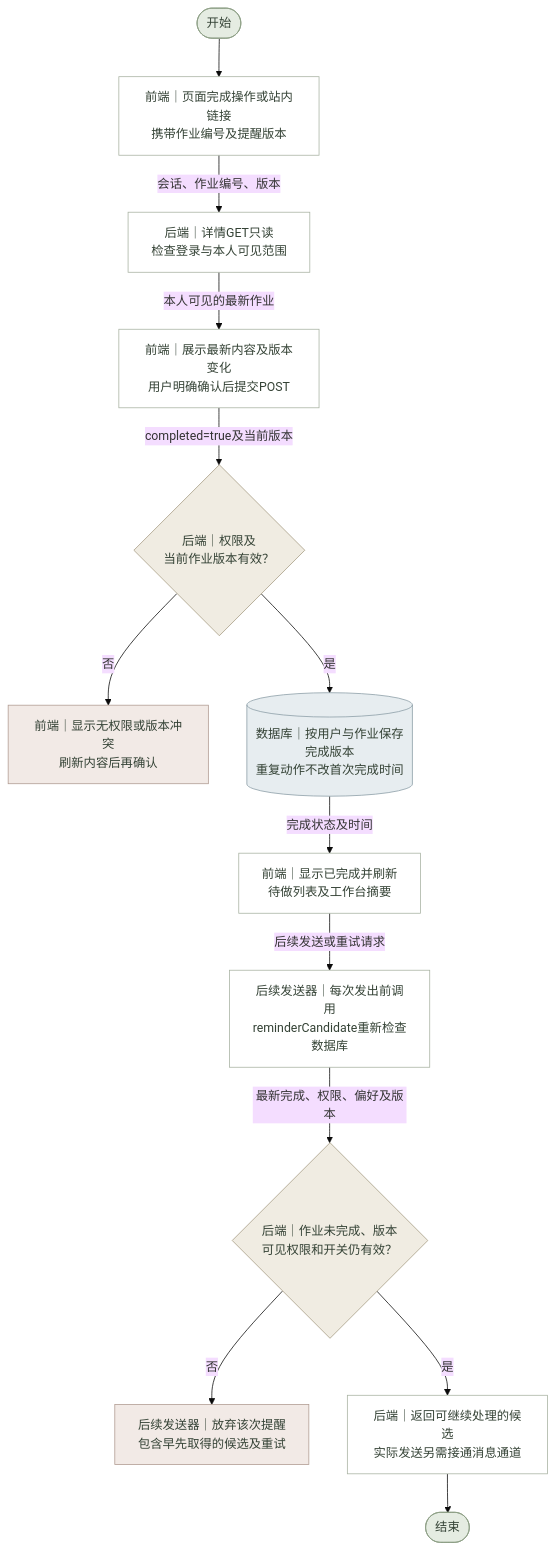
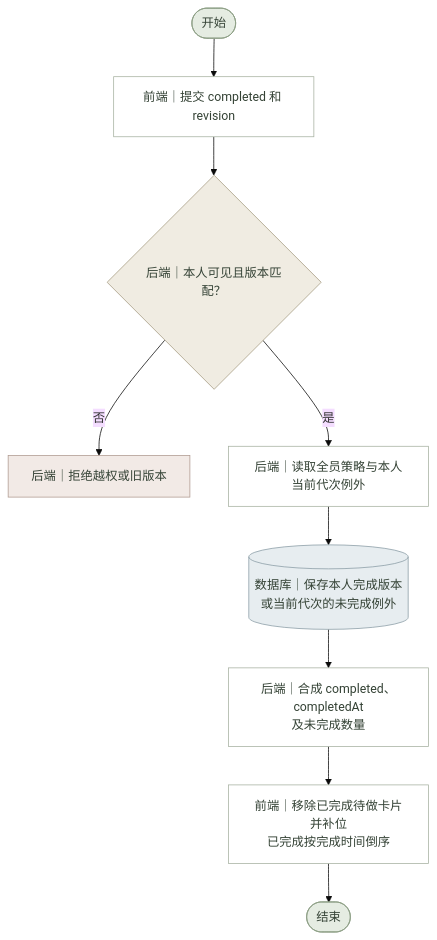
Before and after one commit to lichen-lc123/class-assistant: the diagram in 需求文档/作业功能/流程图源文件/系统流程图/作业完成与提醒停止.mmd, drawn with Mermaid (base theme). The commit also changed 157 other files, not shown here.

```diff
--- a/需求文档/作业功能/流程图源文件/系统流程图/作业完成与提醒停止.mmd
+++ b/需求文档/作业功能/流程图源文件/系统流程图/作业完成与提醒停止.mmd
@@ -1,45 +1,33 @@
-%% 作业完成与提醒停止 · 系统流程图 · V1.0 · 2026-11-06
+%% 作业完成与提醒停止 · 系统流程图 · 当前版 · 2026-11-09
 flowchart TD
     N0(["开始"])
-    N1["前端｜页面完成操作或站内链接<br/>携带作业编号及提醒版本"]
-    N2["后端｜详情GET只读<br/>检查登录与本人可见范围"]
-    N3["前端｜展示最新内容及版本变化<br/>用户明确确认后提交POST"]
-    N4{"后端｜权限及<br/>当前作业版本有效？"}
-    B4["前端｜显示无权限或版本冲突<br/>刷新内容后再确认"]
-    N5[("数据库｜按用户与作业保存完成版本<br/>重复动作不改首次完成时间")]
-    N6["前端｜显示已完成并刷新<br/>待做列表及工作台摘要"]
-    N7["后续发送器｜每次发出前调用<br/>reminderCandidate重新检查数据库"]
-    N8{"后端｜作业未完成、版本<br/>可见权限和开关仍有效？"}
-    B8["后续发送器｜放弃该次提醒<br/>包含早先取得的候选及重试"]
-    N9["后端｜返回可继续处理的候选<br/>实际发送另需接通消息通道"]
-    N10(["结束"])
+    N1["前端｜提交 completed 和 revision"]
+    N2{"后端｜本人可见且版本匹配？"}
+    B2["后端｜拒绝越权或旧版本"]
+    N3["后端｜读取全员策略与本人当前代次例外"]
+    N4[("数据库｜保存本人完成版本<br/>或当前代次的未完成例外")]
+    N5["后端｜合成 completed、completedAt<br/>及未完成数量"]
+    N6["前端｜移除已完成待做卡片并补位<br/>已完成按完成时间倒序"]
+    N7(["结束"])
     N0 --> N1
-    N1 -->|会话、作业编号、版本| N2
-    N2 -->|本人可见的最新作业| N3
-    N3 -->|completed=true及当前版本| N4
-    N4 -->|否| B4
-    N4 -->|是| N5
-    N5 -->|完成状态及时间| N6
-    N6 -->|后续发送或重试请求| N7
-    N7 -->|最新完成、权限、偏好及版本| N8
-    N8 -->|否| B8
-    N8 -->|是| N9
-    N9 --> N10
+    N1 --> N2
+    N2 -->|否| B2
+    N2 -->|是| N3
+    N3 --> N4
+    N4 --> N5
+    N5 --> N6
+    N6 --> N7
     classDef normal fill:#FFFFFF,stroke:#A8B2A2,color:#344235;
     classDef decision fill:#F0ECE2,stroke:#A69B83,color:#344235;
     classDef terminal fill:#E5ECE2,stroke:#8A9D82,color:#344235;
     classDef exception fill:#F2EAE6,stroke:#B09B91,color:#344235;
     classDef database fill:#E7EDF0,stroke:#8A9CA6,color:#344235;
     class N0 terminal;
     class N1 normal;
-    class N2 normal;
+    class N2 decision;
+    class B2 exception;
     class N3 normal;
-    class N4 decision;
-    class B4 exception;
-    class N5 database;
+    class N4 database;
+    class N5 normal;
     class N6 normal;
-    class N7 normal;
-    class N8 decision;
-    class B8 exception;
-    class N9 normal;
-    class N10 terminal;
+    class N7 terminal;
```
